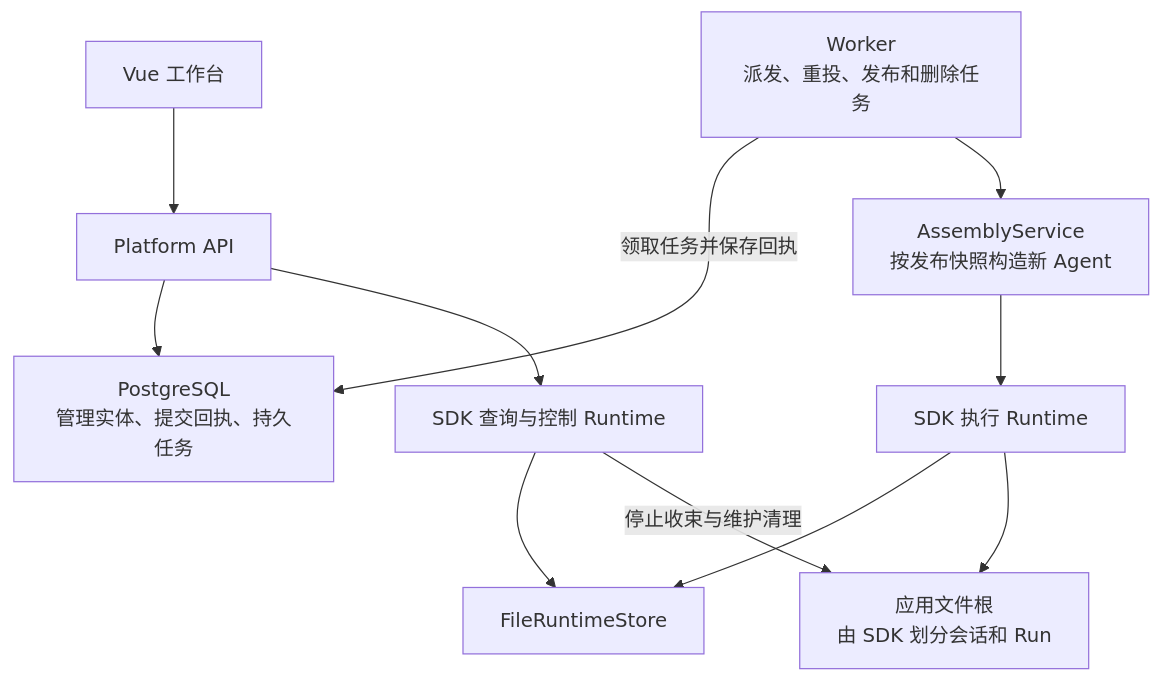
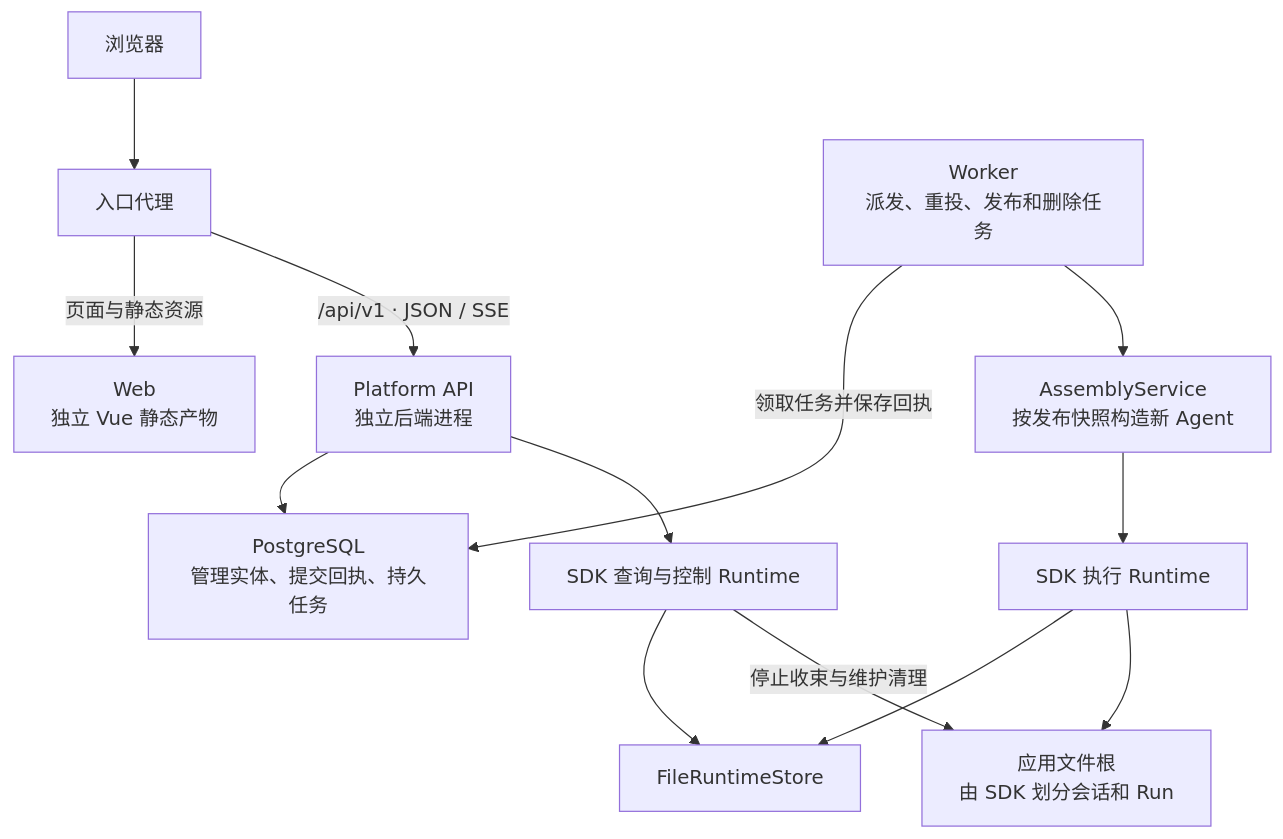
One commit to dujian0068/agent-loom changed the diagram in docs/platform/implementation-plan.md. Above: the diagram before and after it, drawn with Mermaid. The commit also changed other lines of this file and 4 other files, not shown here.

Commit message:
docs(platform): require separate web deployment and review v1 layout

````diff
--- a/docs/platform/implementation-plan.md
+++ b/docs/platform/implementation-plan.md
@@ -24,13 +40,15 @@
 ```mermaid
 flowchart TB
-    UI["Vue 工作台"] --> API["Platform API"]
+    Browser["浏览器"] --> Edge["入口代理"]
+    Edge -->|页面与静态资源| Web["Web<br/>独立 Vue 静态产物"]
+    Edge -->|/api/v1 · JSON / SSE| API["Platform API<br/>独立后端进程"]
     API --> DB["PostgreSQL<br/>管理实体、提交回执、持久任务"]
     Worker["Worker<br/>派发、重投、发布和删除任务"] -->|领取任务并保存回执| DB
     Worker --> Assembly["AssemblyService<br/>按发布快照构造新 Agent"]
     Assembly --> Runtime["SDK 执行 Runtime"]
     API --> Control["SDK 查询与控制 Runtime"]
     Runtime --> Store["FileRuntimeStore"]
     Control --> Store
     Runtime --> Workspace["应用文件根<br/>由 SDK 划分会话和 Run"]
     Control -->|停止收束与维护清理| Workspace
 ```
````
